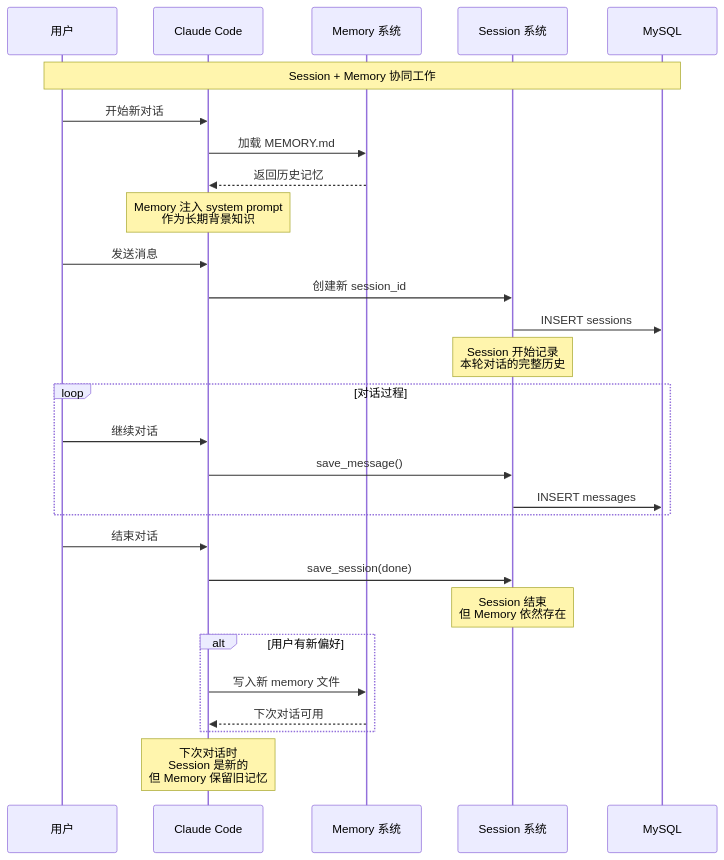
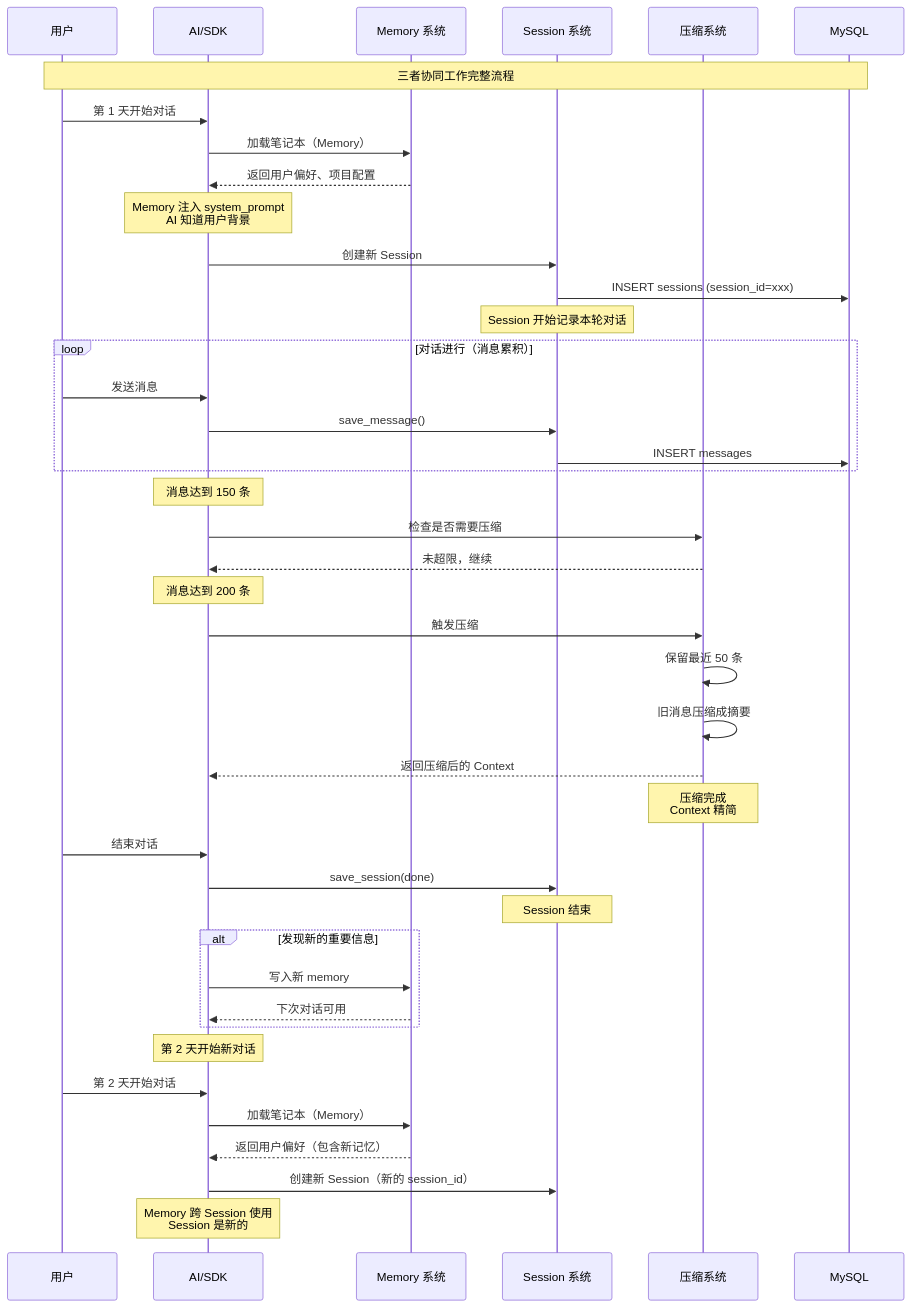
Diagram 17 of 17 in tmp/code_flow_analysis_agent_sdk_server_deep.md (xiaocaipi/mm-doc), drawn with Mermaid before and after one commit. The commit also changed other lines of this file, not shown here.

````diff
--- a/tmp/code_flow_analysis_agent_sdk_server_deep.md
+++ b/tmp/code_flow_analysis_agent_sdk_server_deep.md
@@ -1062,37 +1259,55 @@
 ```mermaid
 sequenceDiagram
     participant User as 用户
-    participant Claude as Claude Code
+    participant Claude as AI/SDK
     participant Memory as Memory 系统
     participant Session as Session 系统
+    participant Compaction as 压缩系统
     participant MySQL as MySQL
 
-    Note over User,MySQL: Session + Memory 协同工作
+    Note over User,MySQL: 三者协同工作完整流程
 
-    User->>Claude: 开始新对话
-    Claude->>Memory: 加载 MEMORY.md
-    Memory-->>Claude: 返回历史记忆
-    Note over Claude: Memory 注入 system prompt<br/>作为长期背景知识
+    User->>Claude: 第 1 天开始对话
+    Claude->>Memory: 加载笔记本（Memory）
+    Memory-->>Claude: 返回用户偏好、项目配置
+    Note over Claude: Memory 注入 system_prompt<br/>AI 知道用户背景
 
-    User->>Claude: 发送消息
-    Claude->>Session: 创建新 session_id
-    Session->>MySQL: INSERT sessions
-    Note over Session: Session 开始记录<br/>本轮对话的完整历史
+    Claude->>Session: 创建新 Session
+    Session->>MySQL: INSERT sessions (session_id=xxx)
+    Note over Session: Session 开始记录本轮对话
 
-    loop 对话过程
-        User->>Claude: 继续对话
+    loop 对话进行（消息累积）
+        User->>Claude: 发送消息
         Claude->>Session: save_message()
         Session->>MySQL: INSERT messages
     end
 
+    Note over Claude: 消息达到 150 条
+
+    Claude->>Compaction: 检查是否需要压缩
+    Compaction-->>Claude: 未超限，继续
+
+    Note over Claude: 消息达到 200 条
+
+    Claude->>Compaction: 触发压缩
+    Compaction->>Compaction: 保留最近 50 条
+    Compaction->>Compaction: 旧消息压缩成摘要
+    Compaction-->>Claude: 返回压缩后的 Context
+    Note over Compaction: 压缩完成<br/>Context 精简
+
     User->>Claude: 结束对话
     Claude->>Session: save_session(done)
-    Note over Session: Session 结束<br/>但 Memory 依然存在
+    Note over Session: Session 结束
 
-    alt 用户有新偏好
-        Claude->>Memory: 写入新 memory 文件
+    alt 发现新的重要信息
+        Claude->>Memory: 写入新 memory
         Memory-->>Claude: 下次对话可用
     end
 
-    Note over Claude: 下次对话时<br/>Session 是新的<br/>但 Memory 保留旧记忆
+    Note over Claude: 第 2 天开始新对话
+    User->>Claude: 第 2 天开始对话
+    Claude->>Memory: 加载笔记本（Memory）
+    Memory-->>Claude: 返回用户偏好（包含新记忆）
+    Claude->>Session: 创建新 Session（新的 session_id）
+    Note over Claude: Memory 跨 Session 使用<br/>Session 是新的
 ```
````
